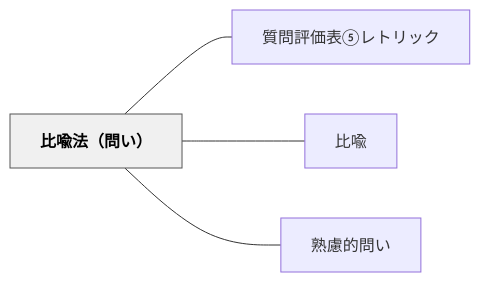
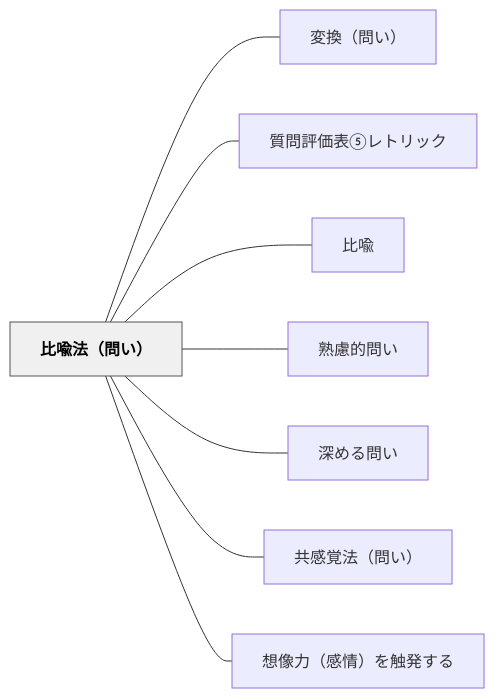
The diagram in content/パタン/比喩法（問い）.md (unknownthings-ed-patterns/unknownthings-ed-patterns), drawn with Mermaid before and after one commit. The commit also changed other lines of this file and 71 other files, not shown here.

````diff
--- a/content/パタン/比喩法（問い）.md
+++ b/content/パタン/比喩法（問い）.md
@@ -40,14 +44,22 @@
 ```mermaid
 flowchart LR
     ne6af94e596a9e6b395efbc88e5958fe38184efbc89["比喩法（問い）"]
+    ne5a489e68f9befbc88e5958fe38184efbc89["変換（問い）"]
     ne8b3aae5958fe8a995e4bea1e8a1a8e291a4e383ace38388e383aae38383e382af["質問評価表⑤レトリック"]
     ne6af94e596a9["比喩"]
     ne7869fe685aee79a84e5958fe38184["熟慮的問い"]
+    ne6b7b1e38281e3828be5958fe38184["深める問い"]
+    ne585b1e6849fe8a69ae6b395efbc88e5958fe38184efbc89["共感覚法（問い）"]
+    ne683b3e5838fe58a9befbc88e6849fe68385efbc89e38292e8a7a6e799bae38199e3828b["想像力（感情）を触発する"]
 
+    ne6af94e596a9e6b395efbc88e5958fe38184efbc89 --- ne5a489e68f9befbc88e5958fe38184efbc89
     ne6af94e596a9e6b395efbc88e5958fe38184efbc89 --- ne8b3aae5958fe8a995e4bea1e8a1a8e291a4e383ace38388e383aae38383e382af
     ne6af94e596a9e6b395efbc88e5958fe38184efbc89 --- ne6af94e596a9
     ne6af94e596a9e6b395efbc88e5958fe38184efbc89 --- ne7869fe685aee79a84e5958fe38184
+    ne6af94e596a9e6b395efbc88e5958fe38184efbc89 --- ne6b7b1e38281e3828be5958fe38184
+    ne6af94e596a9e6b395efbc88e5958fe38184efbc89 --- ne585b1e6849fe8a69ae6b395efbc88e5958fe38184efbc89
+    ne6af94e596a9e6b395efbc88e5958fe38184efbc89 --- ne683b3e5838fe58a9befbc88e6849fe68385efbc89e38292e8a7a6e799bae38199e3828b
 
     classDef hub fill:#f0f0f0,stroke:#555,color:#000,font-weight:bold
     class ne6af94e596a9e6b395efbc88e5958fe38184efbc89 hub
 ```
````
